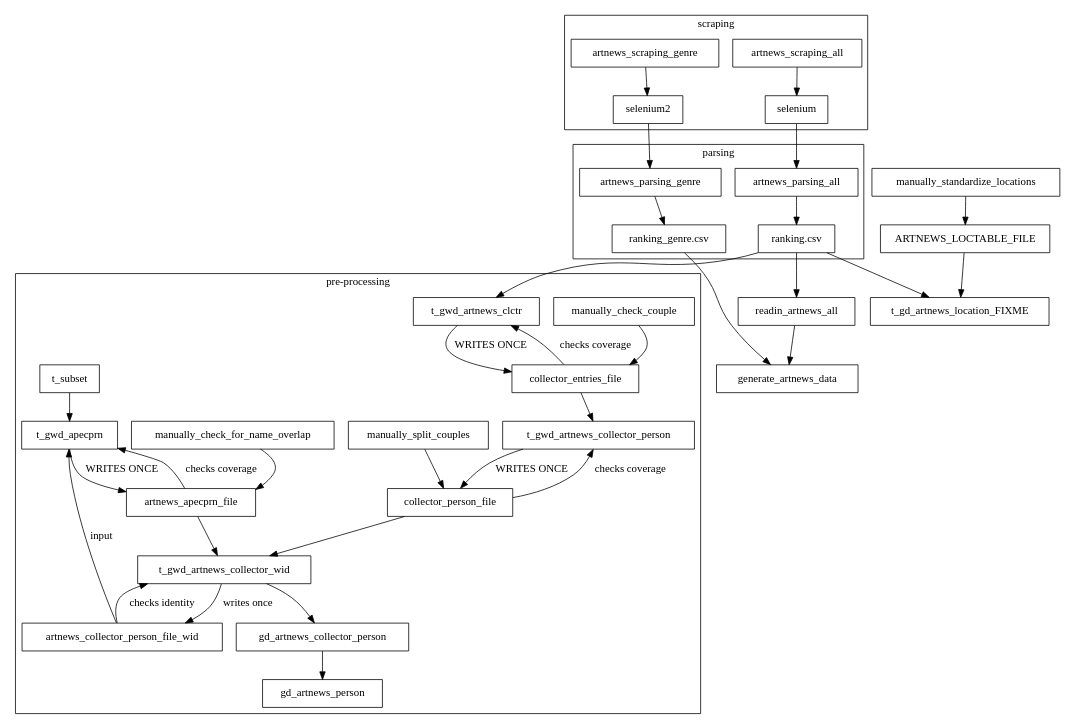
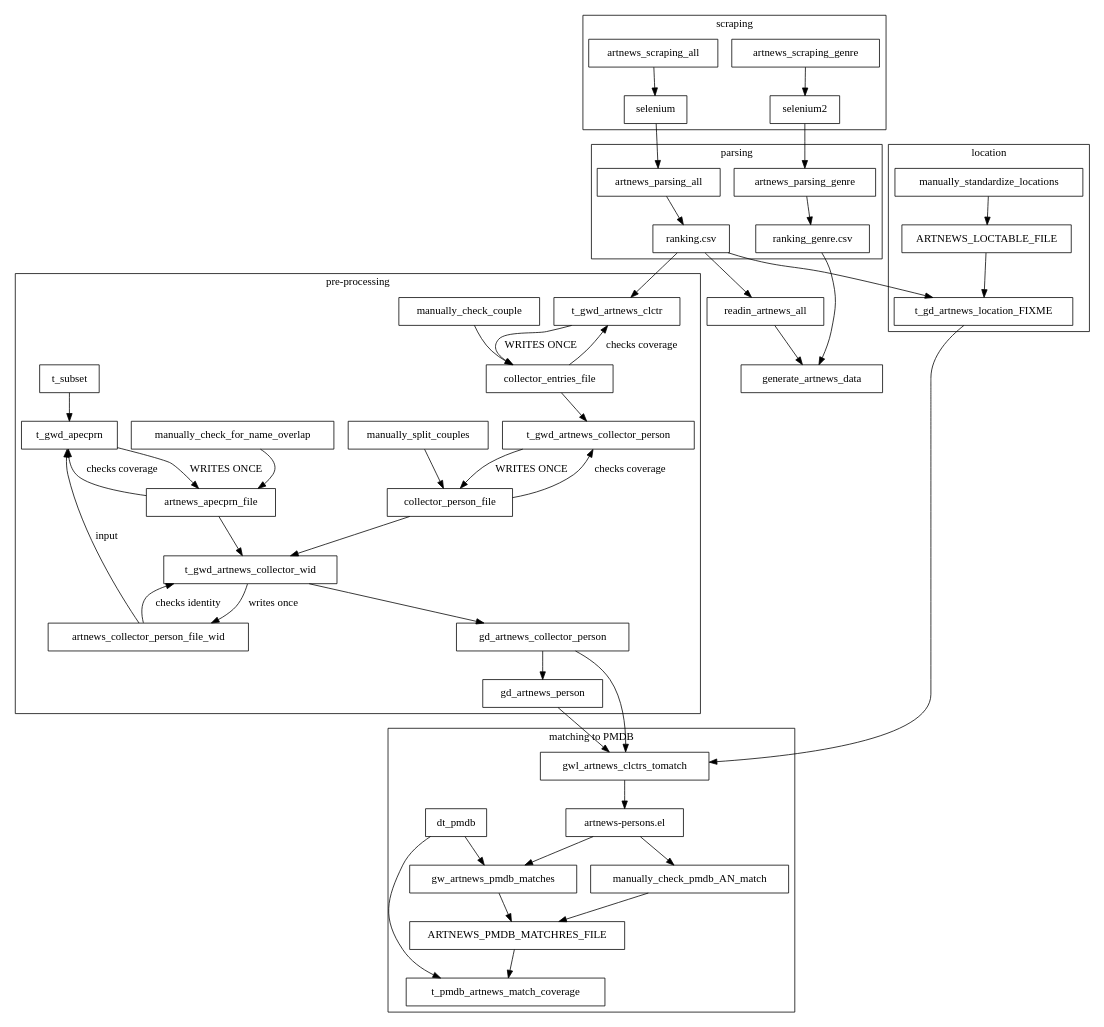
Before and after one commit to swhalemwo/pmdata: the second of 3 diagrams in doc/doc_pmdata.org, drawn with Graphviz. The commit also changed 2 other files, not shown here.

Commit message:
add documentation for matching to PMDB, expand location

```diff
--- a/doc/doc_pmdata.org
+++ b/doc/doc_pmdata.org
@@ -124,17 +124,45 @@
     gd_artnews_collector_person -> gd_artnews_person
 
     
-    
-    
 }
+
+ARTNEWS_LOCTABLE_FILE
 
 ranking_all -> readin_artnews_all
 ranking_genre -> generate_artnews_data
 readin_artnews_all -> generate_artnews_data
 
-manually_standardize_locations -> ARTNEWS_LOCTABLE_FILE
-ARTNEWS_LOCTABLE_FILE -> t_gd_artnews_location_FIXME
-ranking_all -> t_gd_artnews_location_FIXME
+subgraph cluster_location {
+  label = "location"
+  manually_standardize_locations -> ARTNEWS_LOCTABLE_FILE
+  ARTNEWS_LOCTABLE_FILE -> t_gd_artnews_location_FIXME
+  ranking_all -> t_gd_artnews_location_FIXME
+}
+
+subgraph cluster_matching {
+  label =  "matching to PMDB"
+  
+  gd_artnews_person -> gwl_artnews_clctrs_tomatch
+  t_gd_artnews_location_FIXME -> gwl_artnews_clctrs_tomatch
+  gd_artnews_collector_person-> gwl_artnews_clctrs_tomatch
+
+  artnews_persons_el[label="artnews-persons.el"]
+
+  gwl_artnews_clctrs_tomatch -> artnews_persons_el
+  artnews_persons_el -> gw_artnews_pmdb_matches
+  artnews_persons_el -> manually_check_pmdb_AN_match
+  manually_check_pmdb_AN_match -> ARTNEWS_PMDB_MATCHRES_FILE
+  gw_artnews_pmdb_matches -> ARTNEWS_PMDB_MATCHRES_FILE
+
+  ARTNEWS_PMDB_MATCHRES_FILE -> t_pmdb_artnews_match_coverage
+  dt_pmdb -> t_pmdb_artnews_match_coverage
+  dt_pmdb -> gw_artnews_pmdb_matches
+
+
+  // artnews_collector_person_file_wid -> gwl_artnews_clctrs_tomatch
+  
+  //  ARTNEWS_LOCTABLE_FILE -> gwl_artnews_clctrs_tomatch
+}
 
 }
 #+end_src  
```
